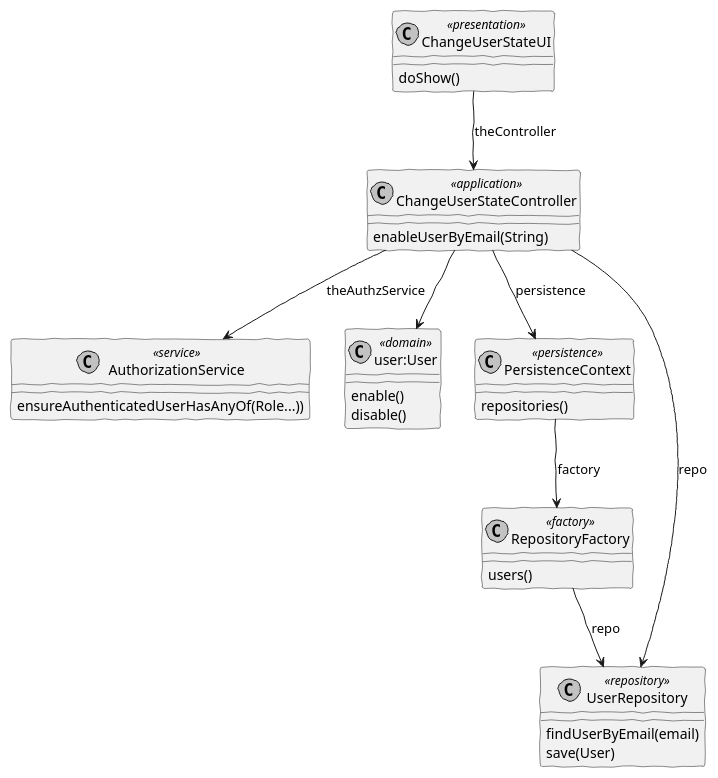
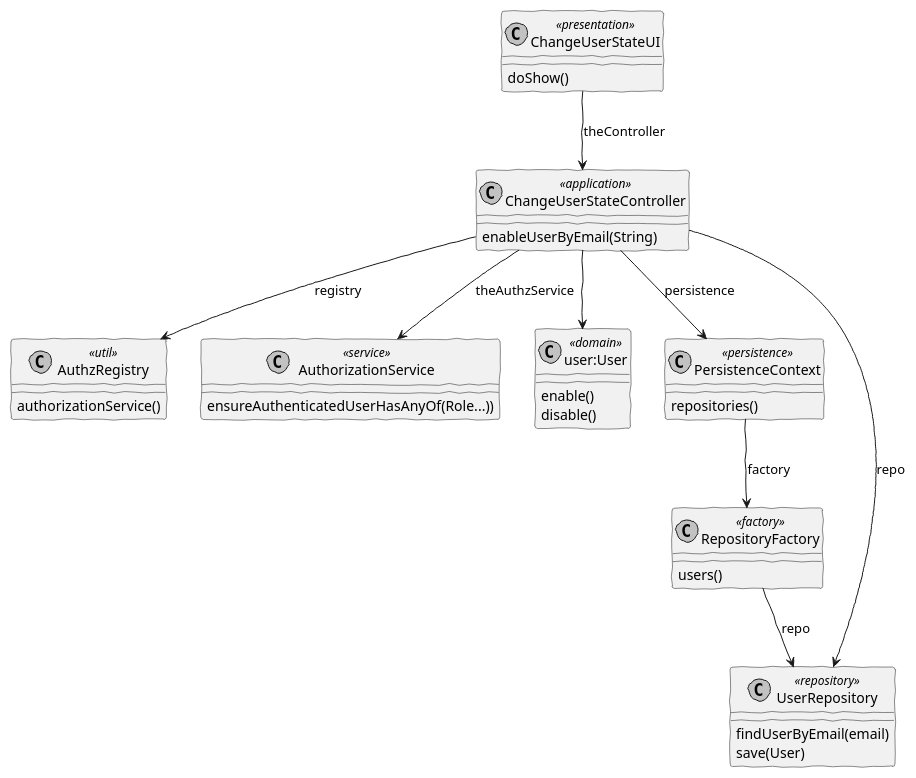
The diagram in docs/SPRINT B/US_1001/CD/ChangeUsersState-CD.puml (brunacosta03/sem4pi_22_23), drawn with PlantUML before and after one commit. The commit also changed 13 other files, not shown here.

Commit message:
docs: add AuthzRegistry to uml

```diff
--- a/docs/SPRINT B/US_1001/CD/ChangeUsersState-CD.puml
+++ b/docs/SPRINT B/US_1001/CD/ChangeUsersState-CD.puml
@@ -1,35 +1,38 @@
 @startuml
 'http://plantuml.com/skinparam.html
 skinparam handwritten true
 skinparam monochrome true
 skinparam packageStyle rect
 skinparam defaultFontName FG Virgil
 skinparam shadowing false
 
 class ChangeUserStateUI <<presentation>>
 class ChangeUserStateController <<application>>
+class AuthzRegistry <<util>>
 class AuthorizationService <<service>>
 class "user:User" <<domain>>
 class PersistenceContext  <<persistence>>
 class RepositoryFactory  <<factory>>
 class UserRepository <<repository>>
 
 ChangeUserStateUI --> ChangeUserStateController : theController
 ChangeUserStateController --> UserRepository: repo
 ChangeUserStateController --> AuthorizationService: theAuthzService
 ChangeUserStateController --> PersistenceContext: persistence
 ChangeUserStateController --> "user:User"
 PersistenceContext --> RepositoryFactory: factory
 RepositoryFactory --> UserRepository: repo
+ChangeUserStateController --> AuthzRegistry: registry
 
 ChangeUserStateUI : doShow()
 ChangeUserStateController : enableUserByEmail(String)
+AuthzRegistry : authorizationService()
 AuthorizationService : ensureAuthenticatedUserHasAnyOf(Role...))
 PersistenceContext : repositories()
 RepositoryFactory : users()
 "user:User" : enable()
 "user:User" : disable()
 UserRepository : findUserByEmail(email)
 UserRepository : save(User)
 
 @enduml
```
